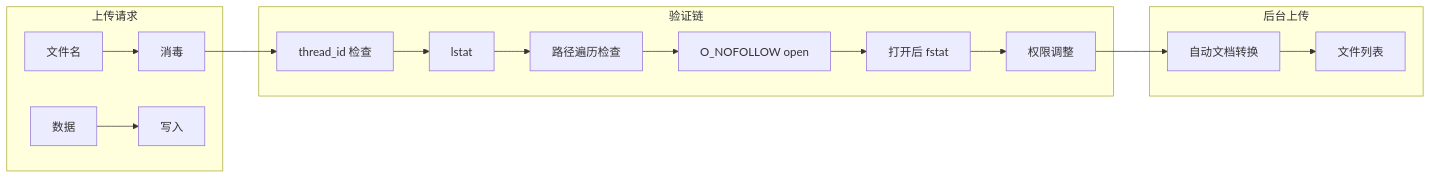
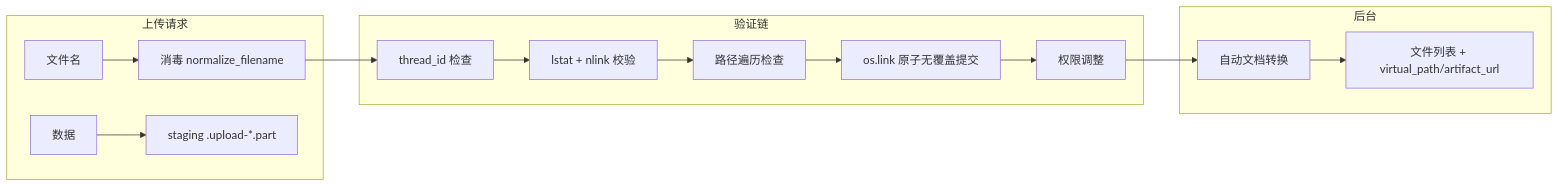
One commit to ethan-jiang-1/deer-flow changed the third of 3 diagrams in _digest/operations/app-layer/02-upload-security.md. Above: the diagram before and after it, drawn with Mermaid. The commit also changed other lines of this file and 32 other files, not shown here.

````diff
--- a/_digest/operations/app-layer/02-upload-security.md
+++ b/_digest/operations/app-layer/02-upload-security.md
@@ -179,21 +248,20 @@
 ```mermaid
 flowchart LR
     subgraph 上传请求
-        F[文件名] --> N[消毒]
-        D[数据] --> W[写入]
+        F[文件名] --> N[消毒 normalize_filename]
+        D[数据] --> W[staging .upload-*.part]
     end
 
     subgraph 验证链
         N --> TID[thread_id 检查]
-        TID --> LSTAT[lstat]
+        TID --> LSTAT[lstat + nlink 校验]
         LSTAT --> PT[路径遍历检查]
-        PT --> OPEN[O_NOFOLLOW open]
-        OPEN --> FSTAT[打开后 fstat]
-        FSTAT --> PERM[权限调整]
+        PT --> LINK[os.link 原子无覆盖提交]
+        LINK --> PERM[权限调整]
     end
 
-    subgraph 后台上传
+    subgraph 后台
         PERM --> CONV[自动文档转换]
-        CONV --> LIST[文件列表]
+        CONV --> LIST[文件列表 + virtual_path/artifact_url]
     end
 ```
````
